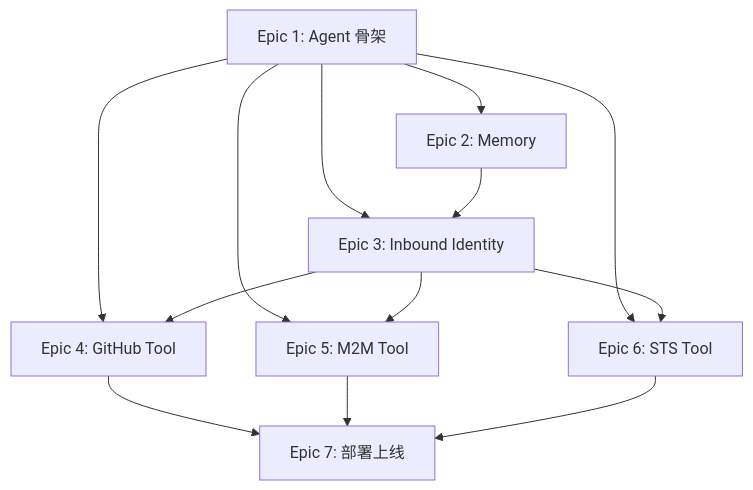
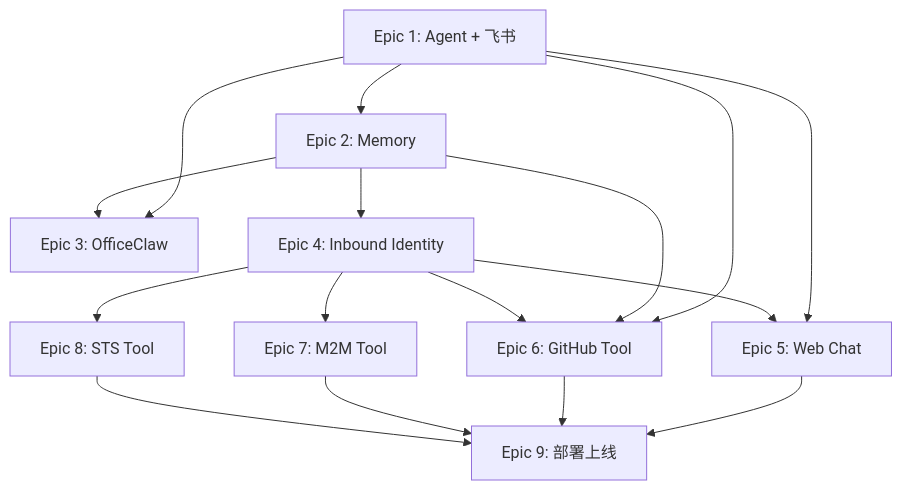
One commit to T-1009/personal-assistant changed the diagram in personal-assistant-meta/issues/epics/README.md. Above: the diagram before and after it, drawn with Mermaid. The commit also changed other lines of this file and 16 other files, not shown here.

````diff
--- a/personal-assistant-meta/issues/epics/README.md
+++ b/personal-assistant-meta/issues/epics/README.md
@@ -19,15 +23,18 @@
 ```mermaid
 flowchart TD
-    E1["Epic 1: Agent 骨架"] --> E2["Epic 2: Memory"]
-    E1 --> E3["Epic 3: Inbound Identity"]
+    E1["Epic 1: Agent + 飞书"] --> E2["Epic 2: Memory"]
+    E1 --> E3["Epic 3: OfficeClaw"]
     E2 --> E3
-    E1 --> E4["Epic 4: GitHub Tool"]
-    E3 --> E4
-    E1 --> E5["Epic 5: M2M Tool"]
-    E3 --> E5
-    E1 --> E6["Epic 6: STS Tool"]
-    E3 --> E6
-    E4 --> E7["Epic 7: 部署上线"]
-    E5 --> E7
-    E6 --> E7
+    E2 --> E4["Epic 4: Inbound Identity"]
+    E1 --> E5["Epic 5: Web Chat"]
+    E4 --> E5
+    E1 --> E6["Epic 6: GitHub Tool"]
+    E2 --> E6
+    E4 --> E6
+    E4 --> E7["Epic 7: M2M Tool"]
+    E4 --> E8["Epic 8: STS Tool"]
+    E5 --> E9["Epic 9: 部署上线"]
+    E6 --> E9
+    E7 --> E9
+    E8 --> E9
 ```
````
